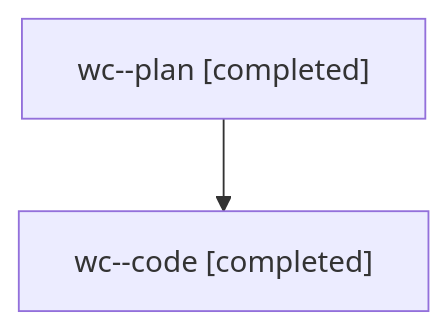
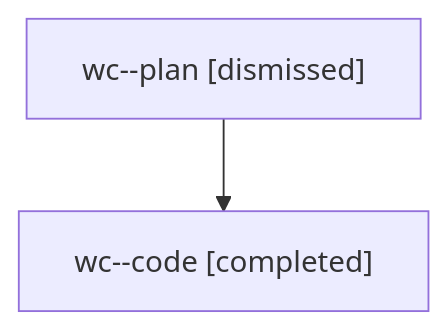
Before and after one commit to sase-org/sase--agents: the diagram in families/bbugyi200.athena.wc.md, drawn with Mermaid. The commit also changed other lines of this file and 1497 other files, not shown here.

````diff
--- a/families/bbugyi200.athena.wc.md
+++ b/families/bbugyi200.athena.wc.md
@@ -9,6 +9,6 @@
 ```mermaid
 flowchart TD
-  n0["wc--plan [completed]"]
+  n0["wc--plan [dismissed]"]
   n1["wc--code [completed]"]
   n0 --> n1
 ```
````
